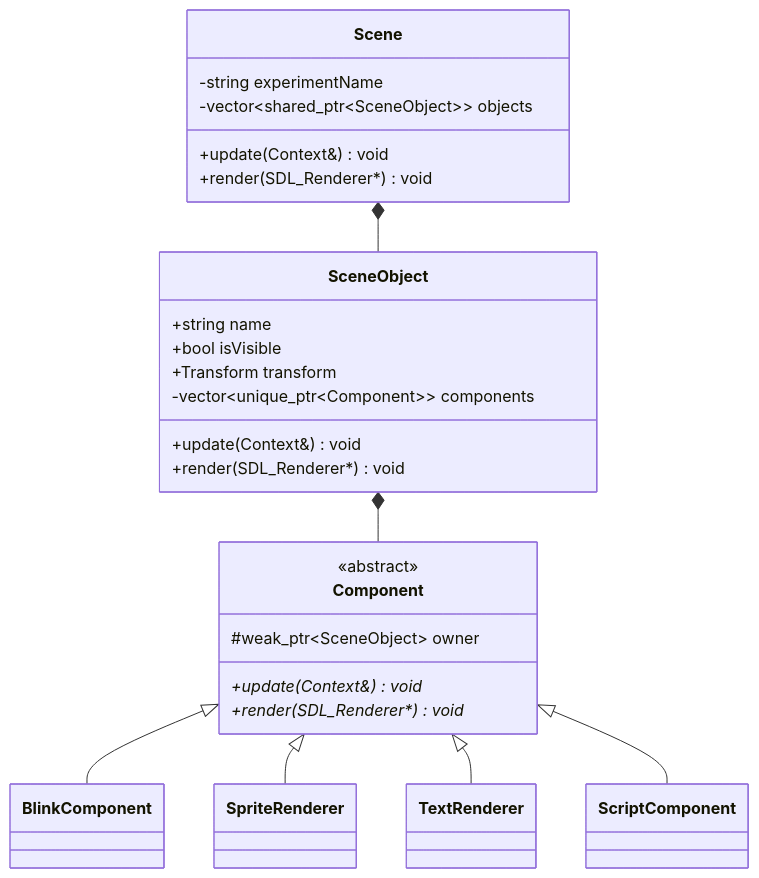
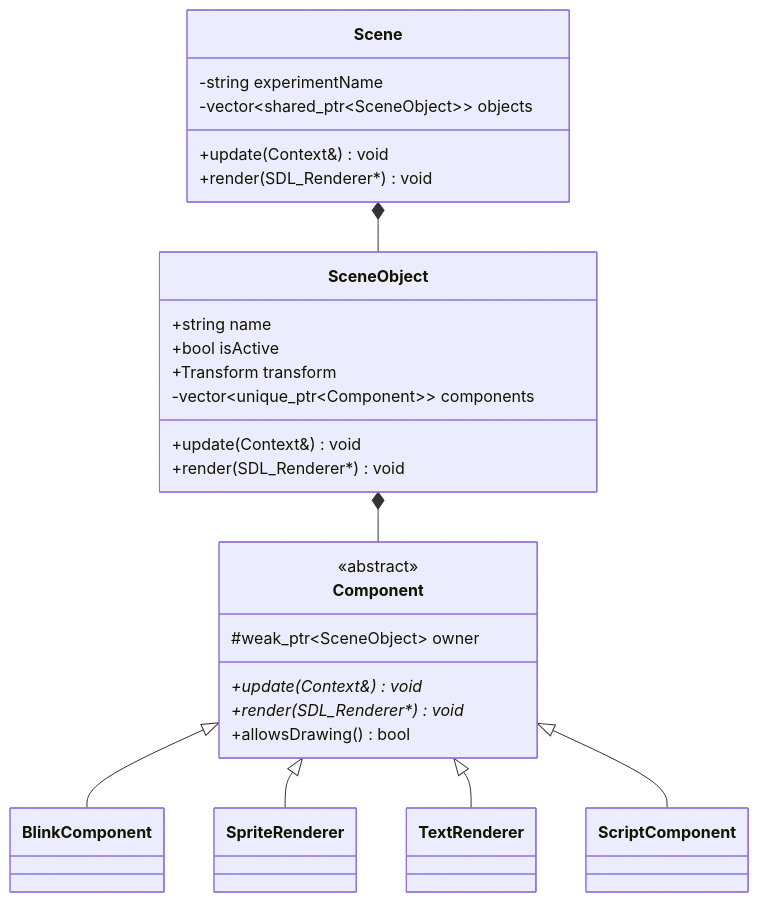
Before and after one commit to KN-Neuron/Neuron-IDE-runtime: the second of 2 diagrams in README.md, drawn with Mermaid. The commit also changed other lines of this file and 9 other files, not shown here.

First line of the commit message:
feat(scene): implement BlinkComponent::update with allowsDrawing and isActive

````diff
--- a/README.md
+++ b/README.md
@@ -104,34 +104,35 @@
 ```mermaid
 classDiagram
     class Scene {
         -string experimentName
         -vector~shared_ptr~SceneObject~~ objects
         +update(Context&) void
         +render(SDL_Renderer*) void
     }
     class SceneObject {
         +string name
-        +bool isVisible
+        +bool isActive
         +Transform transform
         -vector~unique_ptr~Component~~ components
         +update(Context&) void
         +render(SDL_Renderer*) void
     }
     class Component {
         <<abstract>>
         #weak_ptr~SceneObject~ owner
         +update(Context&)* void
         +render(SDL_Renderer*)* void
+        +allowsDrawing() bool
     }
     class BlinkComponent
     class SpriteRenderer
     class TextRenderer
     class ScriptComponent
 
     Scene *-- SceneObject
     SceneObject *-- Component
     Component <|-- BlinkComponent
     Component <|-- SpriteRenderer
     Component <|-- TextRenderer
     Component <|-- ScriptComponent
 ```
````
